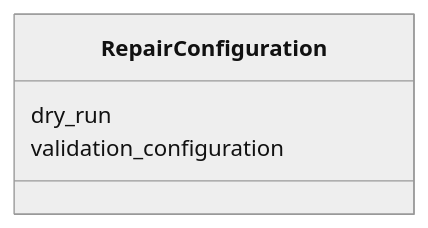
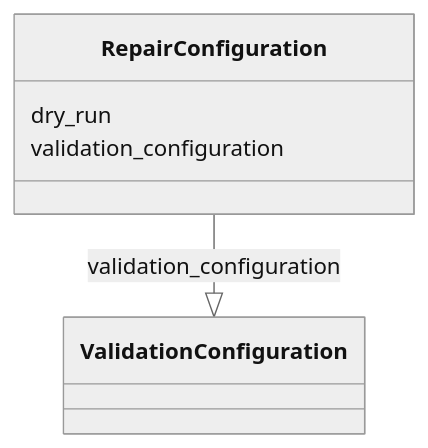
The diagram in validation/RepairConfiguration.md (cthoyt/ontology-access-kit), drawn with Mermaid (neutral theme) before and after one commit. The commit also changed other lines of this file and 3287 other files, not shown here.

````diff
--- a/validation/RepairConfiguration.md
+++ b/validation/RepairConfiguration.md
@@ -11,7 +14,11 @@
 ```{mermaid}
  classDiagram
     class RepairConfiguration
       RepairConfiguration : dry_run
+        
       RepairConfiguration : validation_configuration
+        
+          RepairConfiguration --|> ValidationConfiguration : validation_configuration
+        
       
 ```
````
